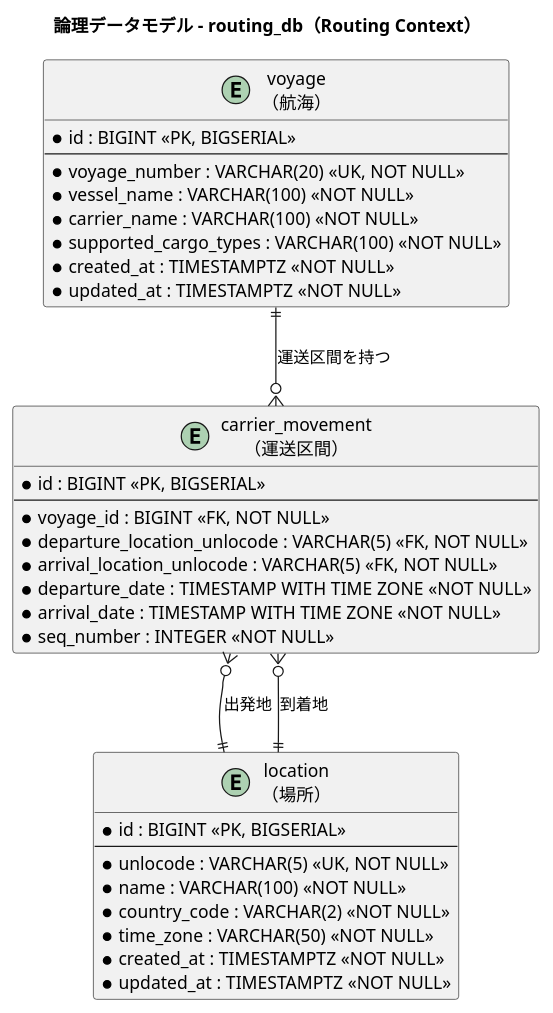
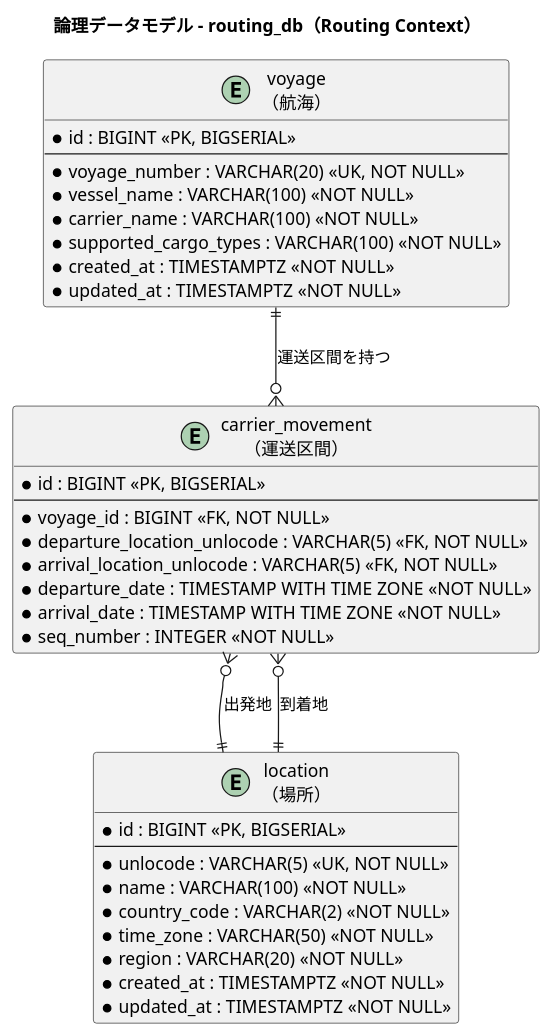
The fourth of 7 diagrams in docs/design/data-model.md (k2works/case-study-cargo-tracker), drawn with PlantUML before and after one commit. The commit also changed other lines of this file and 5 other files, not shown here.

````diff
--- a/docs/design/data-model.md
+++ b/docs/design/data-model.md
@@ -526,43 +527,44 @@
 ```plantuml
 @startuml
 title 論理データモデル - routing_db（Routing Context）
 
 entity "location\n（場所）" as location {
   * id : BIGINT <<PK, BIGSERIAL>>
   --
   * unlocode : VARCHAR(5) <<UK, NOT NULL>>
   * name : VARCHAR(100) <<NOT NULL>>
   * country_code : VARCHAR(2) <<NOT NULL>>
   * time_zone : VARCHAR(50) <<NOT NULL>>
+  * region : VARCHAR(20) <<NOT NULL>>
   * created_at : TIMESTAMPTZ <<NOT NULL>>
   * updated_at : TIMESTAMPTZ <<NOT NULL>>
 }
 
 entity "voyage\n（航海）" as voyage {
   * id : BIGINT <<PK, BIGSERIAL>>
   --
   * voyage_number : VARCHAR(20) <<UK, NOT NULL>>
   * vessel_name : VARCHAR(100) <<NOT NULL>>
   * carrier_name : VARCHAR(100) <<NOT NULL>>
   * supported_cargo_types : VARCHAR(100) <<NOT NULL>>
   * created_at : TIMESTAMPTZ <<NOT NULL>>
   * updated_at : TIMESTAMPTZ <<NOT NULL>>
 }
 
 entity "carrier_movement\n（運送区間）" as carrier_movement {
   * id : BIGINT <<PK, BIGSERIAL>>
   --
   * voyage_id : BIGINT <<FK, NOT NULL>>
   * departure_location_unlocode : VARCHAR(5) <<FK, NOT NULL>>
   * arrival_location_unlocode : VARCHAR(5) <<FK, NOT NULL>>
   * departure_date : TIMESTAMP WITH TIME ZONE <<NOT NULL>>
   * arrival_date : TIMESTAMP WITH TIME ZONE <<NOT NULL>>
   * seq_number : INTEGER <<NOT NULL>>
 }
 
 voyage ||--o{ carrier_movement : "運送区間を持つ"
 carrier_movement }o--|| location : "出発地"
 carrier_movement }o--|| location : "到着地"
 
 @enduml
 ```
````
